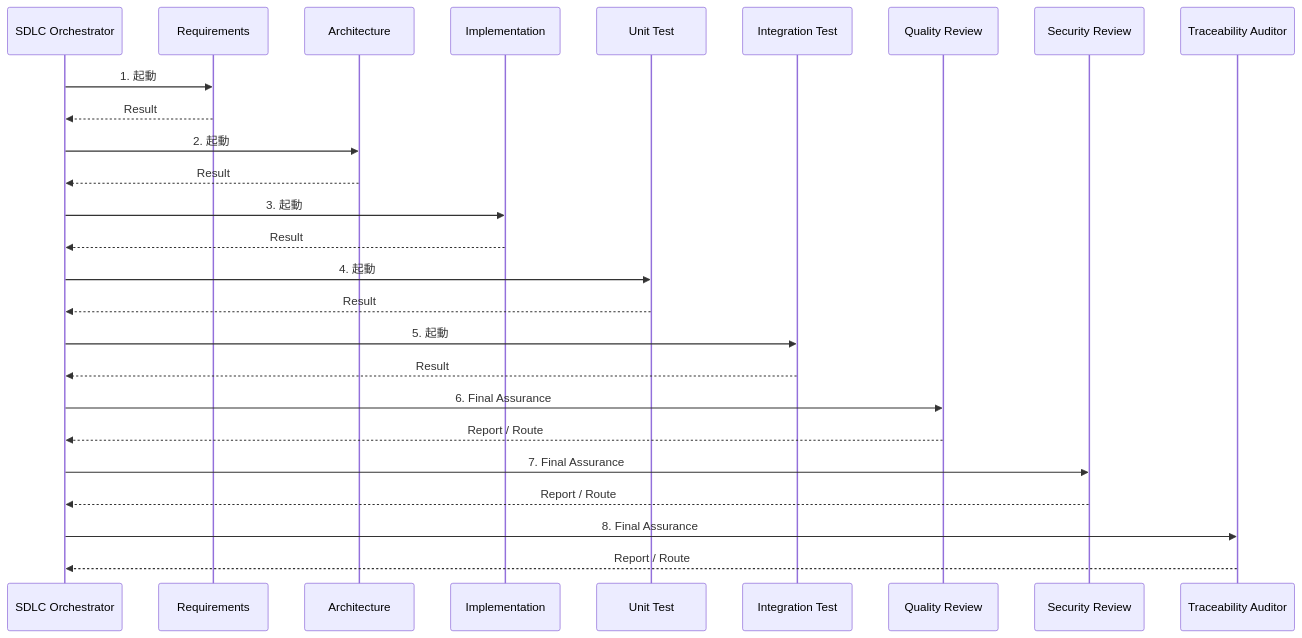
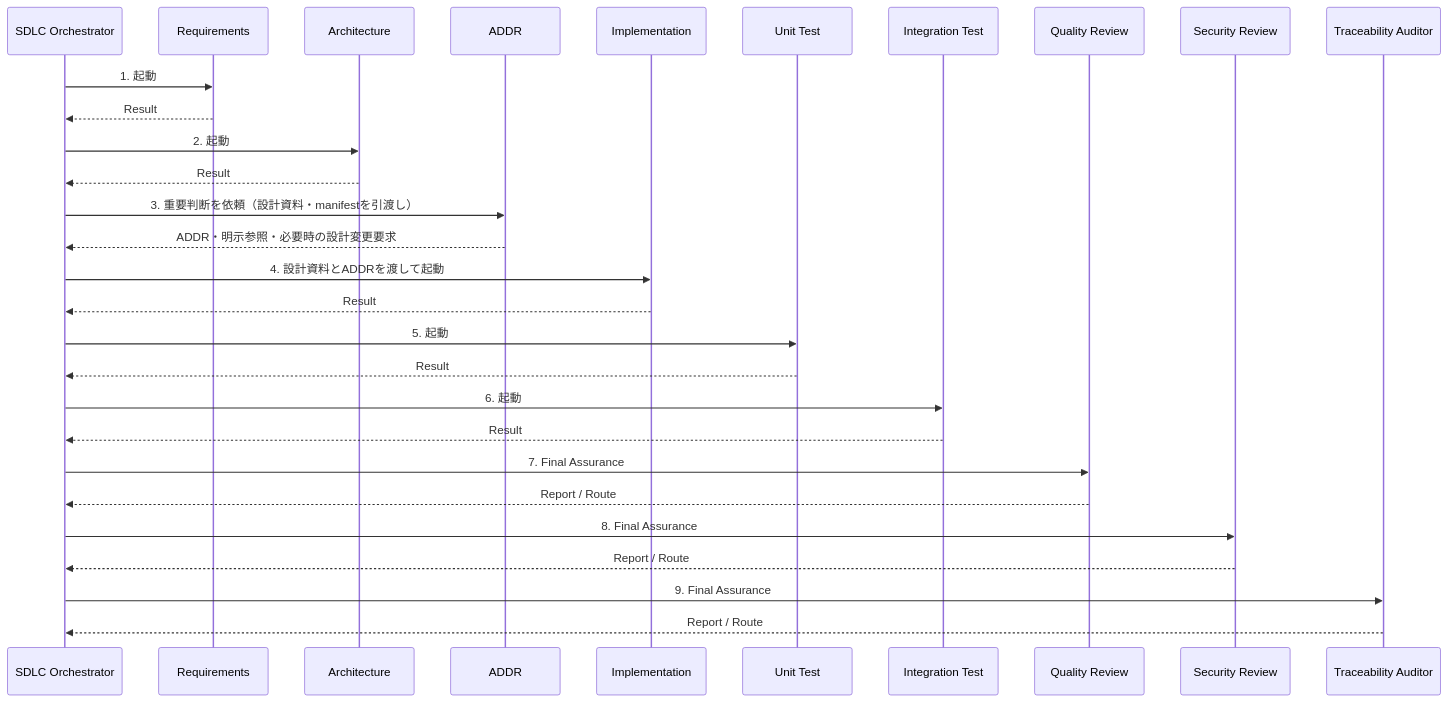
The third of 10 diagrams in docs/ai-sdlc/agent-framework-guide.md (shun-sa/ai-sdlc-copilot), drawn with Mermaid before and after one commit. The commit also changed other lines of this file and 16 other files, not shown here.

````diff
--- a/docs/ai-sdlc/agent-framework-guide.md
+++ b/docs/ai-sdlc/agent-framework-guide.md
@@ -170,30 +175,33 @@
 ```mermaid
 sequenceDiagram
     participant O as SDLC Orchestrator
     participant R as Requirements
     participant A as Architecture
+    participant AD as ADDR
     participant I as Implementation
     participant U as Unit Test
     participant IT as Integration Test
     participant Q as Quality Review
     participant S as Security Review
     participant T as Traceability Auditor
 
     O->>R: 1. 起動
     R-->>O: Result
     O->>A: 2. 起動
     A-->>O: Result
-    O->>I: 3. 起動
+    O->>AD: 3. 重要判断を依頼（設計資料・manifestを引渡し）
+    AD-->>O: ADDR・明示参照・必要時の設計変更要求
+    O->>I: 4. 設計資料とADDRを渡して起動
     I-->>O: Result
-    O->>U: 4. 起動
+    O->>U: 5. 起動
     U-->>O: Result
-    O->>IT: 5. 起動
+    O->>IT: 6. 起動
     IT-->>O: Result
 
-    O->>Q: 6. Final Assurance
+    O->>Q: 7. Final Assurance
     Q-->>O: Report / Route
-    O->>S: 7. Final Assurance
+    O->>S: 8. Final Assurance
     S-->>O: Report / Route
-    O->>T: 8. Final Assurance
+    O->>T: 9. Final Assurance
     T-->>O: Report / Route
 ```
````
